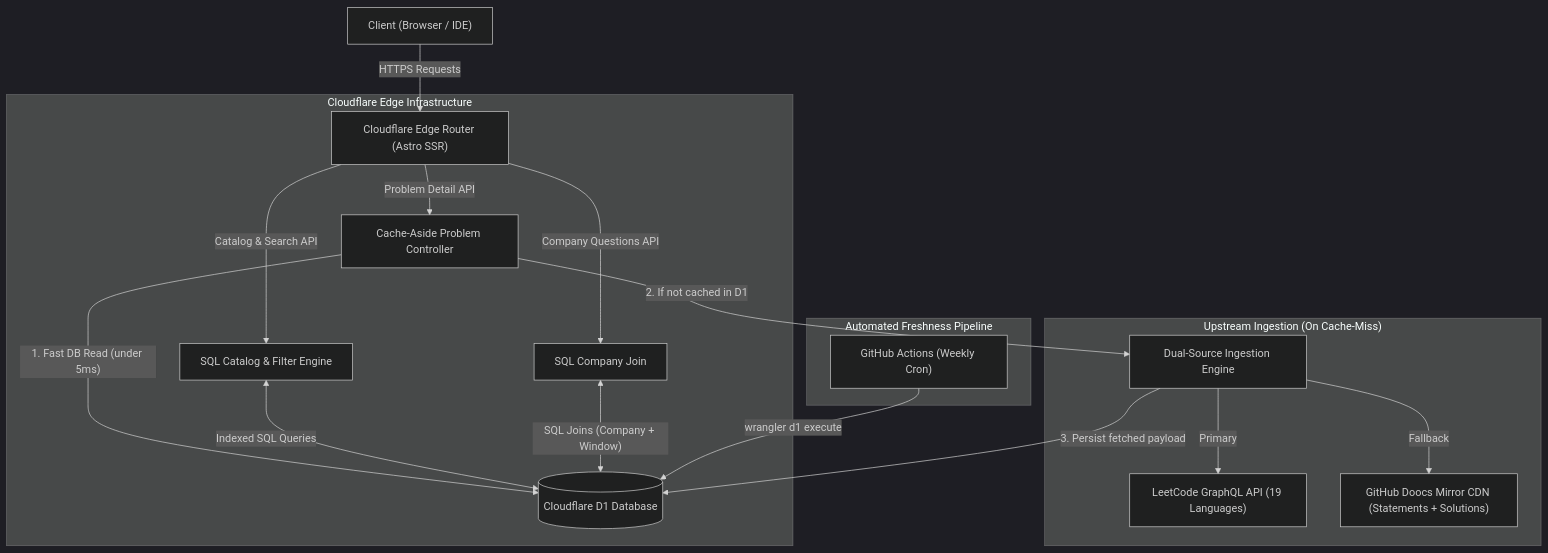
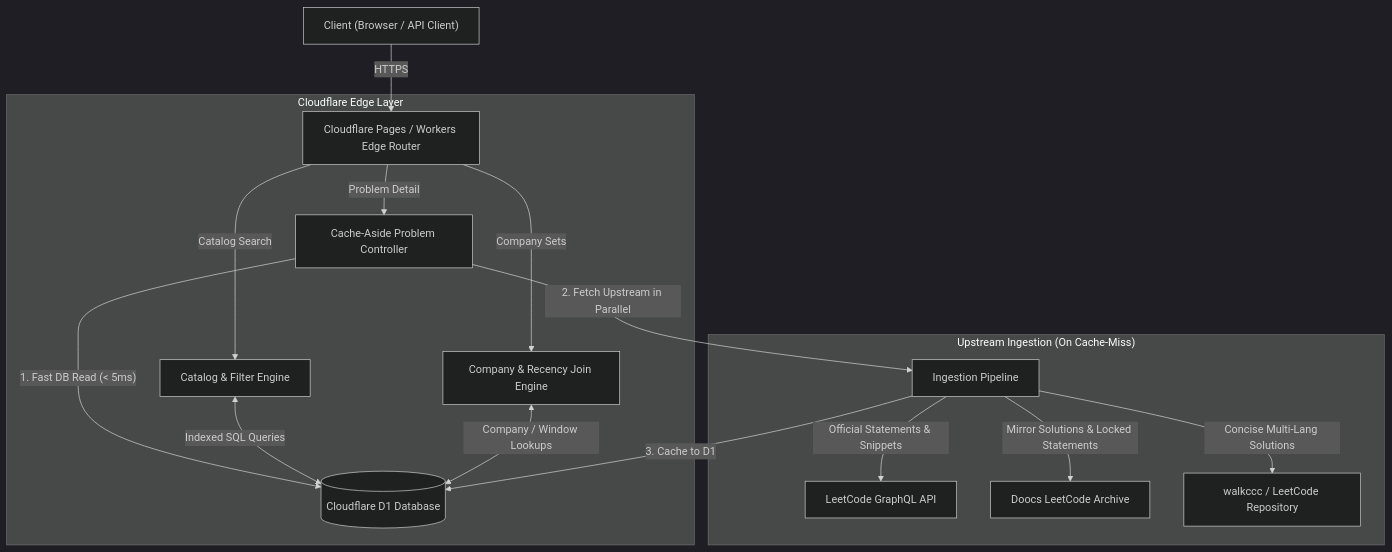
Before and after one commit to dev-ansung/leetbank: the diagram in README.md, drawn with Mermaid (dark theme). The commit also changed other lines of this file and 15 other files, not shown here.

Commit message:
feat: add walkccc solutions, author ribbons, popstate routing, and update README with screenshots

````diff
--- a/README.md
+++ b/README.md
@@ -68,25 +84,22 @@
 ```mermaid
 flowchart TD
-    User["Client (Browser / IDE)"] -->|"HTTPS Requests"| EdgeRouter["Cloudflare Edge Router (Astro SSR)"]
+    User["Client (Browser / API Client)"] -->|"HTTPS"| EdgeRouter["Cloudflare Pages / Workers Edge Router"]
 
-    subgraph CF_Edge["Cloudflare Edge Infrastructure"]
-        EdgeRouter -->|"Catalog & Search API"| CatalogQuery["SQL Catalog & Filter Engine"]
-        EdgeRouter -->|"Company Questions API"| CompanyQuery["SQL Company Join"]
-        EdgeRouter -->|"Problem Detail API"| CacheAside["Cache-Aside Problem Controller"]
+    subgraph CF_Edge["Cloudflare Edge Layer"]
+        EdgeRouter -->|"Catalog Search"| CatalogEngine["Catalog & Filter Engine"]
+        EdgeRouter -->|"Company Sets"| CompanyEngine["Company & Recency Join Engine"]
+        EdgeRouter -->|"Problem Detail"| CacheController["Cache-Aside Problem Controller"]
         
-        CacheAside -->|"1. Fast DB Read (under 5ms)"| D1_DB[("Cloudflare D1 Database")]
-        CatalogQuery <-->|"Indexed SQL Queries"| D1_DB
-        CompanyQuery <-->|"SQL Joins (Company + Window)"| D1_DB
+        CacheController -->|"1. Fast DB Read (< 5ms)"| D1_DB[("Cloudflare D1 Database")]
+        CatalogEngine <-->|"Indexed SQL Queries"| D1_DB
+        CompanyEngine <-->|"Company / Window Lookups"| D1_DB
     end
 
     subgraph Upstream_Ingestion["Upstream Ingestion (On Cache-Miss)"]
-        CacheAside -->|"2. If not cached in D1"| IngestEngine["Dual-Source Ingestion Engine"]
-        IngestEngine -->|"Primary"| LC_GQL["LeetCode GraphQL API (19 Languages)"]
-        IngestEngine -->|"Fallback"| Doocs_CDN["GitHub Doocs Mirror CDN (Statements + Solutions)"]
-        IngestEngine -->|"3. Persist fetched payload"| D1_DB
-    end
-
-    subgraph CI_CD["Automated Freshness Pipeline"]
-        GHA["GitHub Actions (Weekly Cron)" ] -->|"wrangler d1 execute"| D1_DB
+        CacheController -->|"2. Fetch Upstream in Parallel"| Ingest["Ingestion Pipeline"]
+        Ingest -->|"Official Statements & Snippets"| LC_GQL["LeetCode GraphQL API"]
+        Ingest -->|"Mirror Solutions & Locked Statements"| Doocs_CDN["Doocs LeetCode Archive"]
+        Ingest -->|"Concise Multi-Lang Solutions"| Walkccc_CDN["walkccc / LeetCode Repository"]
+        Ingest -->|"3. Cache to D1"| D1_DB
     end
 ```
````
